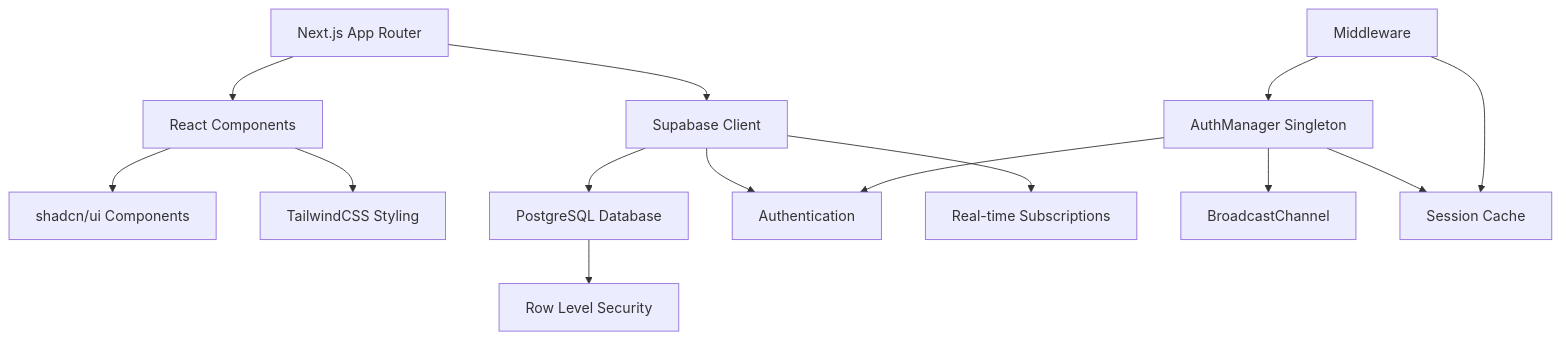
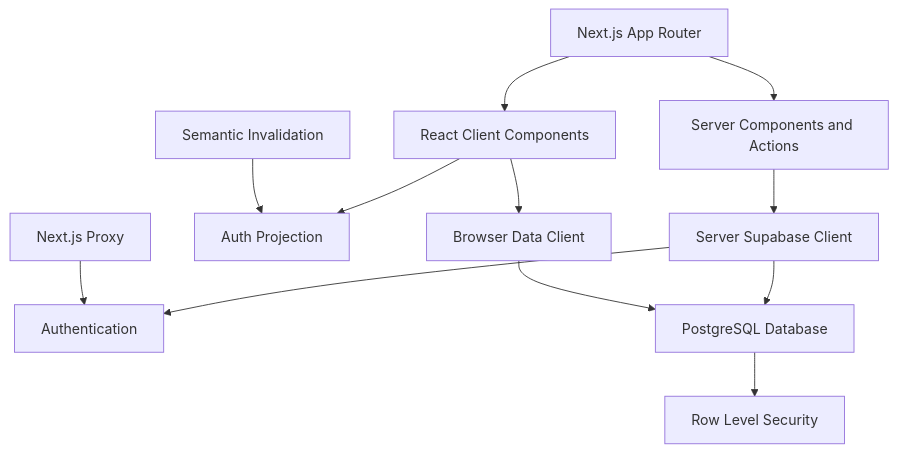
The first of 6 diagrams in README.md (devchemical/Keepel), drawn with Mermaid before and after one commit. The commit also changed other lines of this file and 12 other files, not shown here.

Commit message:
refactor(auth): remove legacy browser authority (#50)

````diff
--- a/README.md
+++ b/README.md
@@ -136,17 +136,14 @@
 ```mermaid
 graph TD
-    A[Next.js App Router] --> B[React Components]
-    B --> C[shadcn/ui Components]
-    B --> D[TailwindCSS Styling]
-    A --> E[Supabase Client]
-    E --> F[PostgreSQL Database]
-    E --> G[Authentication]
-    E --> H[Real-time Subscriptions]
+    A[Next.js App Router] --> B[Server Components and Actions]
+    A --> C[React Client Components]
+    B --> D[Server Supabase Client]
+    D --> E[Authentication]
+    D --> F[PostgreSQL Database]
+    C --> G[Auth Projection]
+    C --> H[Browser Data Client]
+    H --> F
     F --> I[Row Level Security]
-
-    J[AuthManager Singleton] --> G
-    J --> K[BroadcastChannel]
-    J --> L[Session Cache]
-    M[Middleware] --> J
-    M --> L
+    J[Next.js Proxy] --> E
+    K[Semantic Invalidation] --> G
 ```
````
